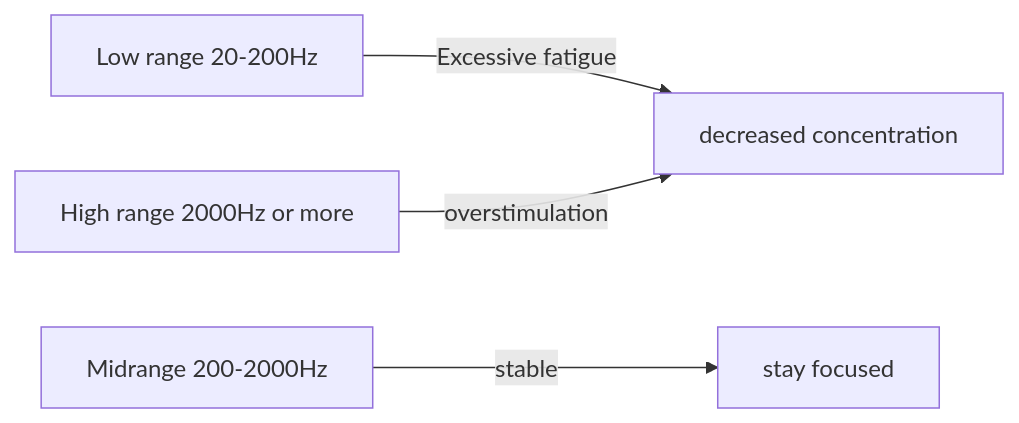
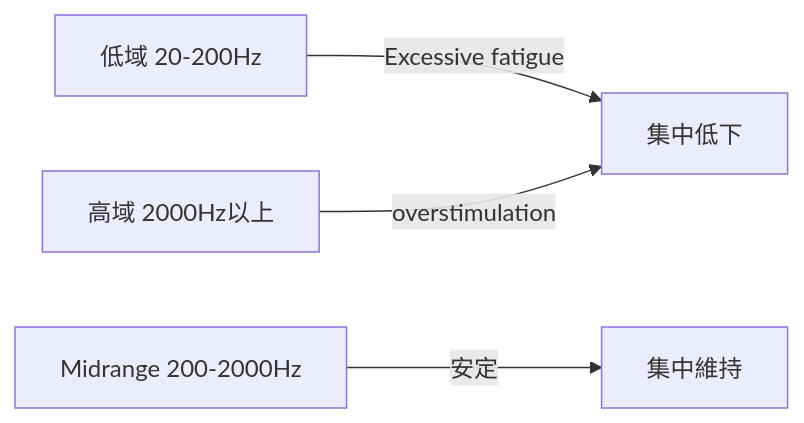
Before and after one commit to monumental-movement/monumental-movement.github.io: the fourth of 6 diagrams in en/_posts/2026-04-11-column-concentration-music-relation.md, drawn with Mermaid. The commit also changed other lines of this file and 2196 other files, not shown here.

```diff
--- a/en/_posts/2026-04-11-column-concentration-music-relation.md
+++ b/en/_posts/2026-04-11-column-concentration-music-relation.md
@@ -196,6 +196,6 @@
 <div class="mermaid">
 graph LR
-    LOW[Low range 20-200Hz] -->|Excessive fatigue| NG[decreased concentration]
-    MID[Midrange 200-2000Hz] -->|stable| OK[stay focused]
-    HIGH[High range 2000Hz or more] -->|overstimulation| NG
+    LOW[低域 20-200Hz] -->|Excessive fatigue| NG[集中低下]
+    MID[Midrange 200-2000Hz] -->|安定| OK[集中維持]
+    HIGH[高域 2000Hz以上] -->|overstimulation| NG
 </div>
```
